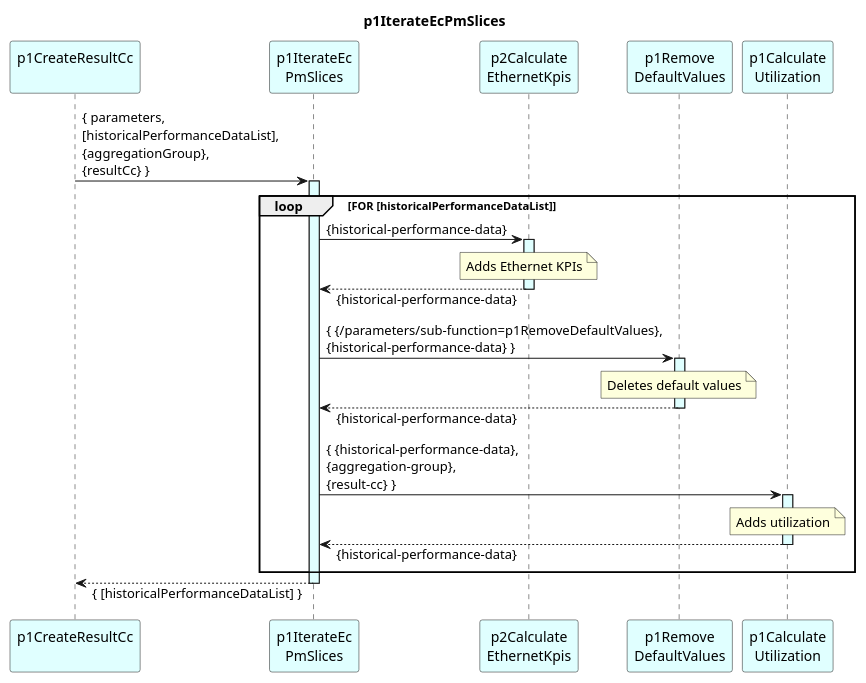
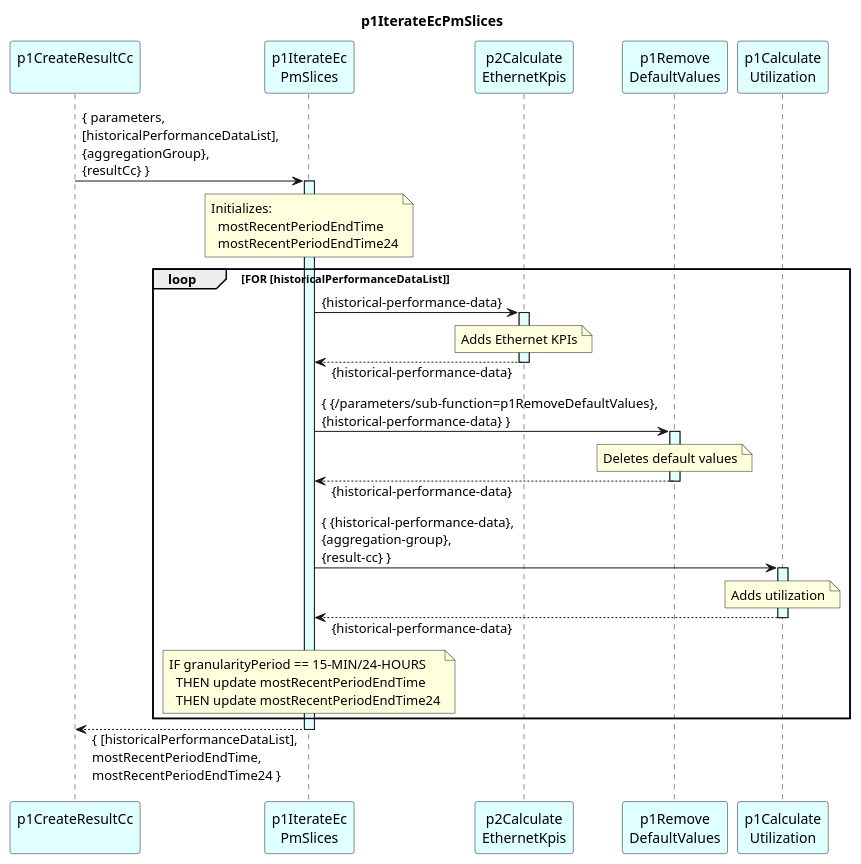
The diagram in spec/Functions/p1StreamPmData/p1ProcessDevice/p1CreateResultCc/p1IterateEcPmSlices/1.0.0/p1IterateEcPmSlices.plantuml (openBackhaul/DevicePerformanceManagementDataProcessor), drawn with PlantUML before and after one commit. The commit also changed 31 other files, not shown here.

```diff
--- a/spec/Functions/p1StreamPmData/p1ProcessDevice/p1CreateResultCc/p1IterateEcPmSlices/1.0.0/p1IterateEcPmSlices.plantuml
+++ b/spec/Functions/p1StreamPmData/p1ProcessDevice/p1CreateResultCc/p1IterateEcPmSlices/1.0.0/p1IterateEcPmSlices.plantuml
@@ -1,52 +1,64 @@
 @startuml p1IterateEcPmSlices
 skinparam responseMessageBelowArrow true
 
 title
   p1IterateEcPmSlices
 end title
 
 participant "p1CreateResultCc\n" as cur #LightCyan
 
 participant "p1IterateEc\nPmSlices" as iterateSlices #LightCyan
 participant "p2Calculate\nEthernetKpis" as intCC #LightCyan
 participant "p1Remove\nDefaultValues" as p1RemDefault #LightCyan
 participant "p1Calculate\nUtilization" as p1CalcUtil #LightCyan
 
 
 cur -> iterateSlices : { parameters,\n[historicalPerformanceDataList],\n{aggregationGroup},\n{resultCc} }
 activate iterateSlices #LightCyan
+
+  note over iterateSlices
+    Initializes:
+      mostRecentPeriodEndTime
+      mostRecentPeriodEndTime24
+  end note
 
   loop FOR [historicalPerformanceDataList]
 
     iterateSlices -> intCC : {historical-performance-data}
     activate intCC #LightCyan
       note over intCC
         Adds Ethernet KPIs
       end note
     iterateSlices <-- intCC: {historical-performance-data}
     deactivate intCC
 
     iterateSlices -> p1RemDefault : { {/parameters/sub-function=p1RemoveDefaultValues},\n{historical-performance-data} }
     activate p1RemDefault #LightCyan
       note over p1RemDefault
         Deletes default values
       end note
     iterateSlices <-- p1RemDefault: {historical-performance-data}
     deactivate p1RemDefault
 
     iterateSlices -> p1CalcUtil : { {historical-performance-data},\n{aggregation-group},\n{result-cc} }
     activate p1CalcUtil #LightCyan
       note over p1CalcUtil
         Adds utilization
       end note
     iterateSlices <-- p1CalcUtil: {historical-performance-data}
     deactivate p1CalcUtil
 
+    note over iterateSlices
+      IF granularityPeriod == 15-MIN/24-HOURS
+        THEN update mostRecentPeriodEndTime
+        THEN update mostRecentPeriodEndTime24
+    end note
+
   end loop
 
-cur <-- iterateSlices : { [historicalPerformanceDataList] }
+cur <-- iterateSlices : { [historicalPerformanceDataList],\nmostRecentPeriodEndTime,\nmostRecentPeriodEndTime24 }
 deactivate iterateSlices
 
 deactivate cur
 
 @enduml
```
